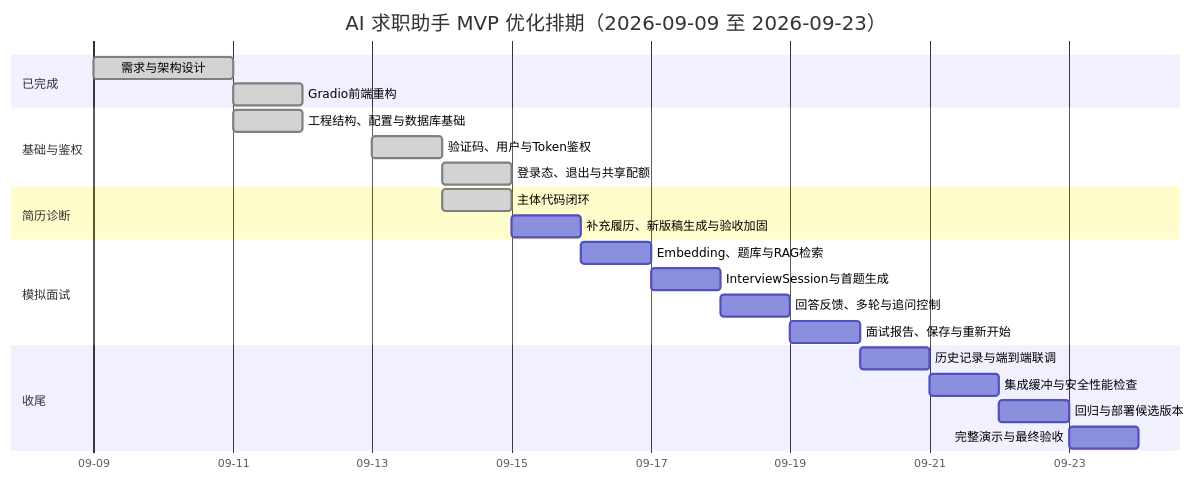
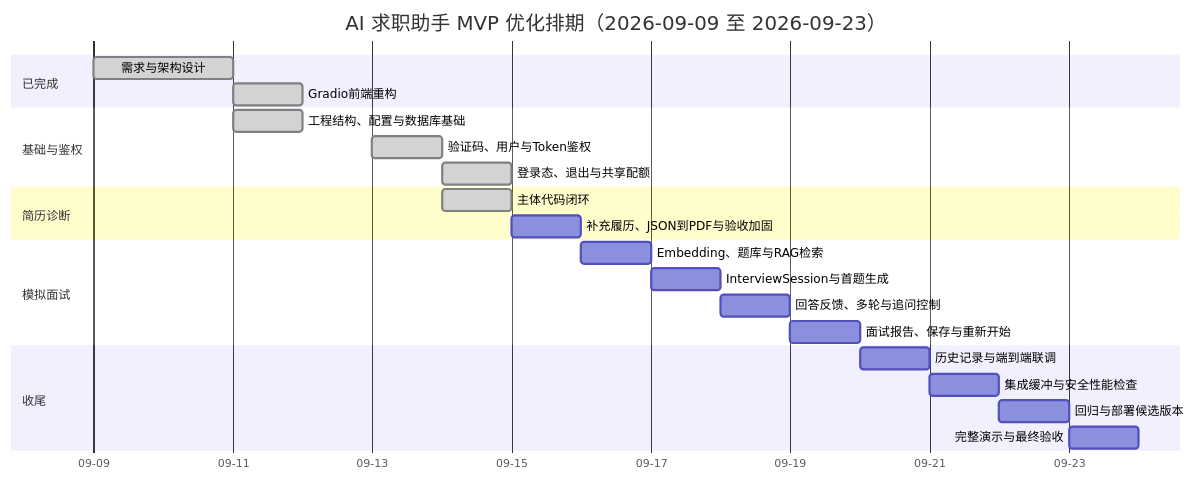
The first of 2 diagrams in 项目排期.md (WwwwwHM/PBL_jobs-finder), drawn with Mermaid before and after one commit. The commit also changed other lines of this file and 23 other files, not shown here.

````diff
--- a/项目排期.md
+++ b/项目排期.md
@@ -83,31 +83,31 @@
 ```mermaid
 gantt
     title AI 求职助手 MVP 优化排期（2026-09-09 至 2026-09-23）
     dateFormat YYYY-MM-DD
     axisFormat %m-%d
 
     section 已完成
     需求与架构设计                 :done, a1, 2026-09-09, 2d
     Gradio前端重构                 :done, a2, 2026-09-11, 1d
 
     section 基础与鉴权
     工程结构、配置与数据库基础      :done, b1, 2026-09-11, 1d
     验证码、用户与Token鉴权         :done, b2, 2026-09-13, 1d
     登录态、退出与共享配额          :done, b3, 2026-09-14, 1d
 
     section 简历诊断
     主体代码闭环                   :done, c0, 2026-09-14, 1d
-    补充履历、新版稿生成与验收加固    :c1, 2026-09-15, 1d
+    补充履历、JSON到PDF与验收加固     :c1, 2026-09-15, 1d
 
     section 模拟面试
     Embedding、题库与RAG检索        :d1, 2026-09-16, 1d
     InterviewSession与首题生成      :d2, 2026-09-17, 1d
     回答反馈、多轮与追问控制         :d3, 2026-09-18, 1d
     面试报告、保存与重新开始         :d4, 2026-09-19, 1d
 
     section 收尾
     历史记录与端到端联调             :e1, 2026-09-20, 1d
     集成缓冲与安全性能检查           :e2, 2026-09-21, 1d
     回归与部署候选版本               :e3, 2026-09-22, 1d
     完整演示与最终验收               :e4, 2026-09-23, 1d
 ```
````
